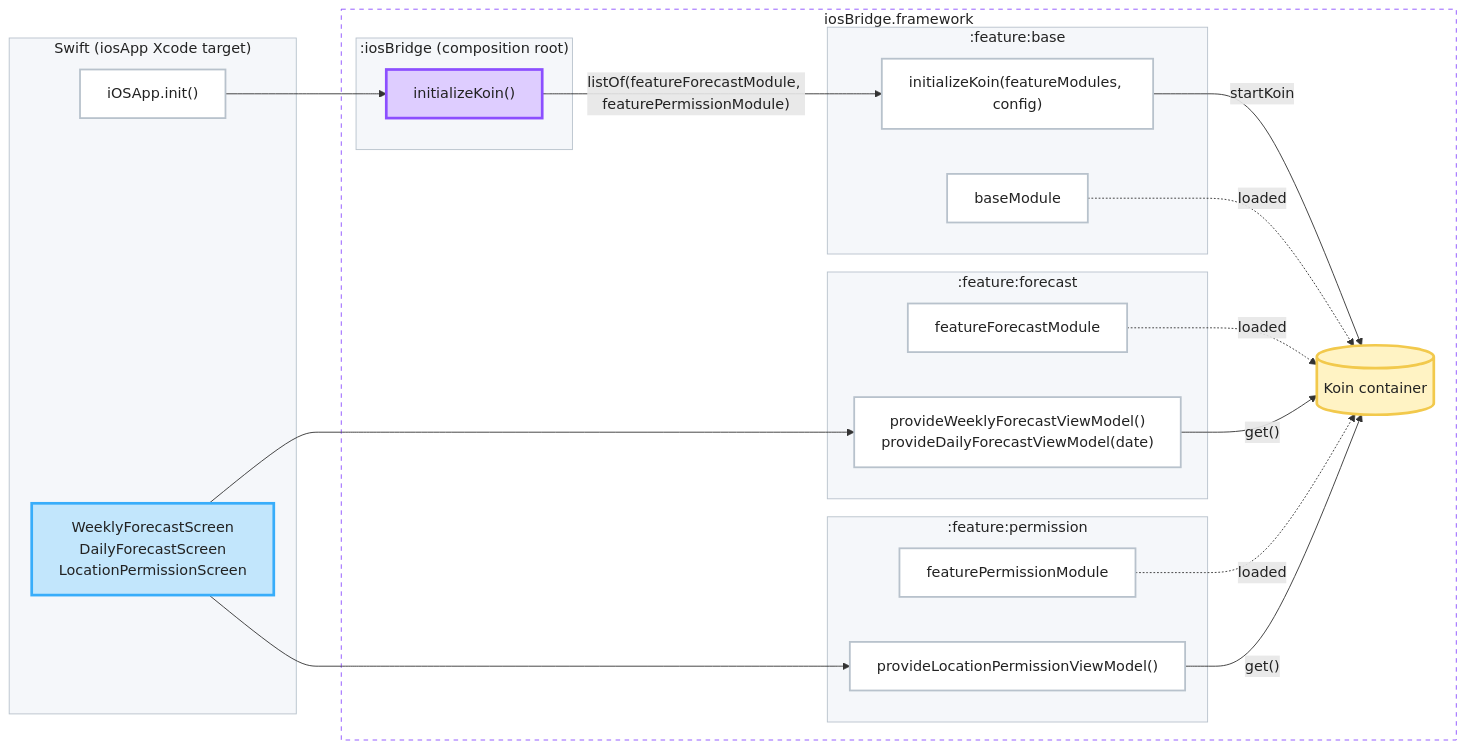
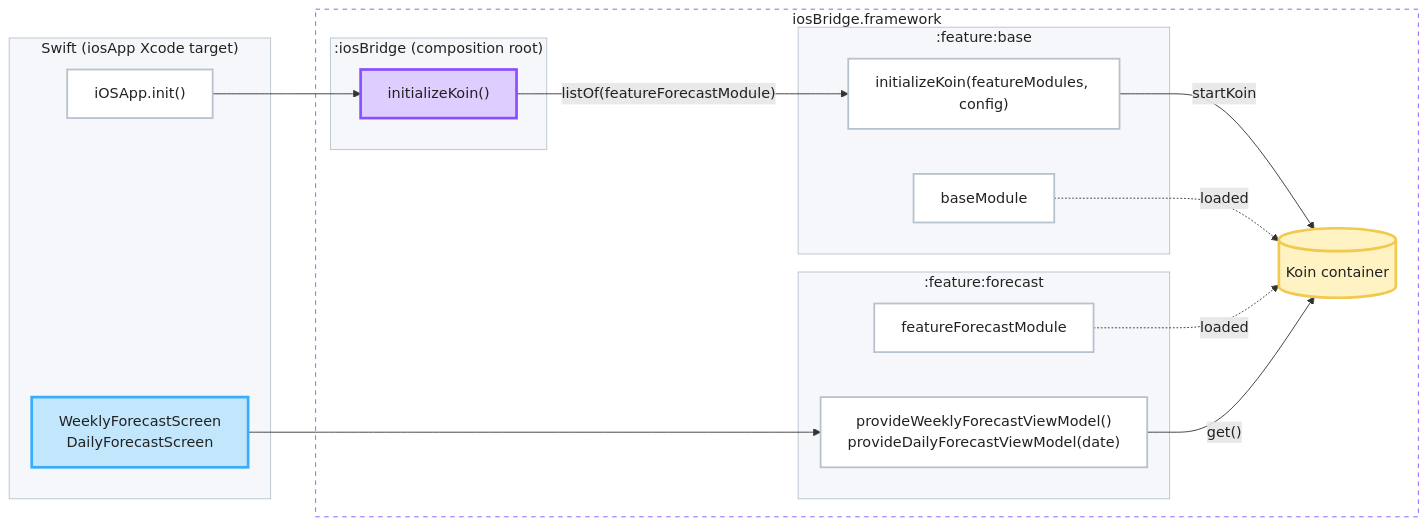
Before and after one commit to igorwojda/kmp-showcase: the third of 3 diagrams in README.md, drawn with Mermaid. The commit also changed other lines of this file and 34 other files, not shown here.

````diff
--- a/README.md
+++ b/README.md
@@ -286,58 +278,49 @@
 ```mermaid
 flowchart LR
     subgraph swift["Swift (iosApp Xcode target)"]
         iosApp["iOSApp.init()"]
-        swiftScreens["WeeklyForecastScreen<br/>DailyForecastScreen<br/>LocationPermissionScreen"]
+        swiftScreens["WeeklyForecastScreen<br/>DailyForecastScreen"]
     end
 
     subgraph framework["iosBridge.framework"]
         subgraph iosBridge[":iosBridge (composition root)"]
             bridgeInit["initializeKoin()"]
         end
 
         subgraph base[":feature:base"]
             initializeKoin["initializeKoin(featureModules, config)"]
             baseModule["baseModule"]
         end
 
         subgraph forecast[":feature:forecast"]
             featureForecastModule["featureForecastModule"]
             accessors["provideWeeklyForecastViewModel()<br/>provideDailyForecastViewModel(date)"]
         end
 
-        subgraph permission[":feature:permission"]
-            featurePermissionModule["featurePermissionModule"]
-            permissionAccessors["provideLocationPermissionViewModel()"]
-        end
-
         koin[("Koin container")]
     end
 
     iosApp --> bridgeInit
-    bridgeInit -- "listOf(featureForecastModule, featurePermissionModule)" --> initializeKoin
+    bridgeInit -- "listOf(featureForecastModule)" --> initializeKoin
     initializeKoin -- "startKoin" --> koin
     baseModule -. "loaded" .-> koin
     featureForecastModule -. "loaded" .-> koin
-    featurePermissionModule -. "loaded" .-> koin
     swiftScreens --> accessors
-    swiftScreens --> permissionAccessors
     accessors -- "get()" --> koin
-    permissionAccessors -- "get()" --> koin
 
     classDef root fill:#DECDFF,stroke:#8C4FFF,stroke-width:3px,color:#222222;
     classDef ui fill:#C2E6FC,stroke:#38ADFA,stroke-width:3px,color:#222222;
     classDef code fill:#FFFFFF,stroke:#B8C2CC,stroke-width:2px,color:#222222;
     classDef container fill:#FFF3C4,stroke:#F2C94C,stroke-width:3px,color:#222222;
 
     class bridgeInit root;
     class swiftScreens ui;
-    class iosApp,initializeKoin,baseModule,featureForecastModule,featurePermissionModule,accessors,permissionAccessors code;
+    class iosApp,initializeKoin,baseModule,featureForecastModule,accessors code;
     class koin container;
 
     style swift fill:#F5F7FA,stroke:#B8C2CC,color:#222222;
     style framework fill:#FFFFFF,stroke:#8C4FFF,stroke-dasharray:5 5,color:#222222;
     style iosBridge fill:#F5F7FA,stroke:#B8C2CC,color:#222222;
     style base fill:#F5F7FA,stroke:#B8C2CC,color:#222222;
     style forecast fill:#F5F7FA,stroke:#B8C2CC,color:#222222;
-    style permission fill:#F5F7FA,stroke:#B8C2CC,color:#222222;
 ```
````
